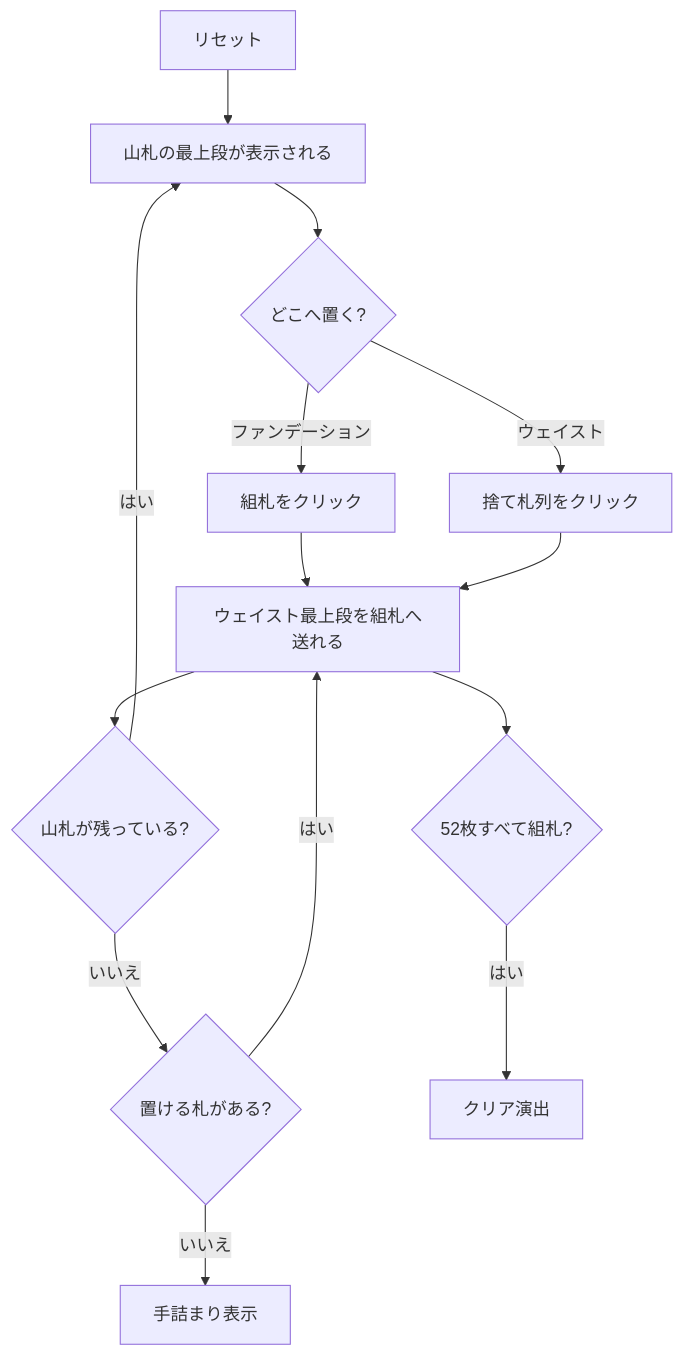
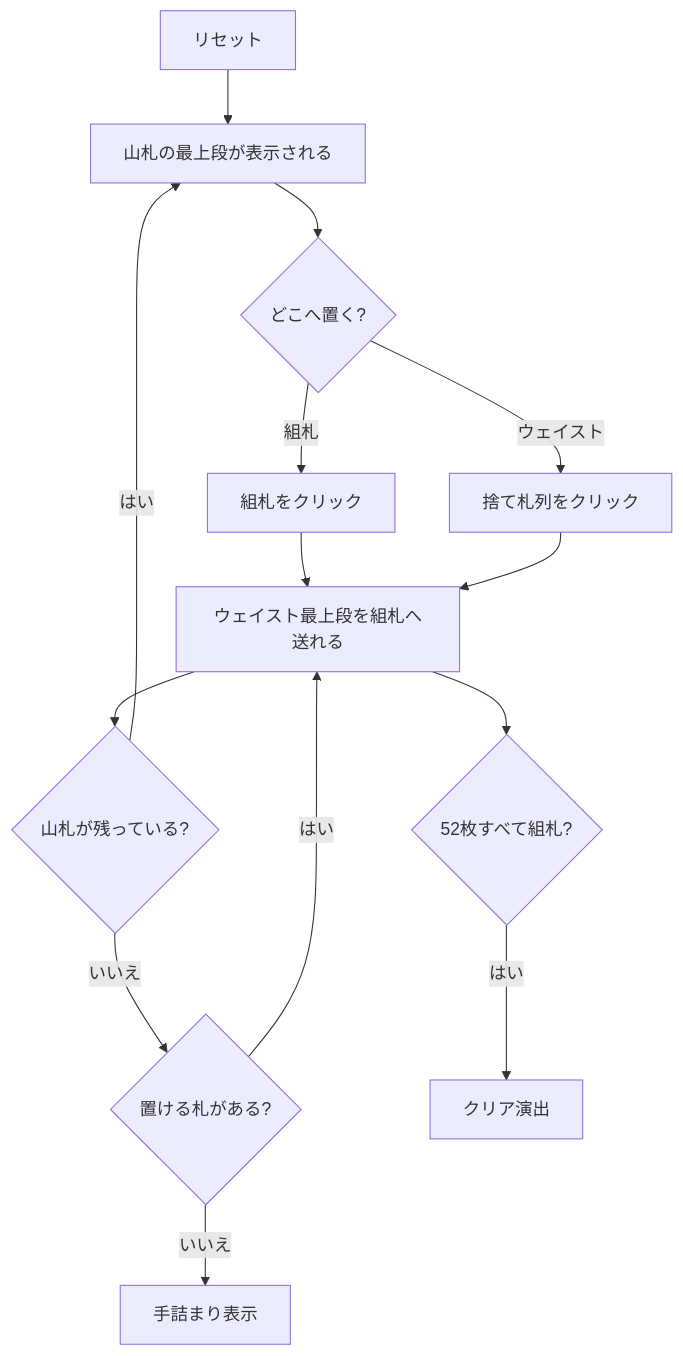
The diagram in docs/manual/web/sirtommy.md (yuta-yoshinaga/go_trumpcards), drawn with Mermaid before and after one commit. The commit also changed other lines of this file and 33 other files, not shown here.

````diff
--- a/docs/manual/web/sirtommy.md
+++ b/docs/manual/web/sirtommy.md
@@ -29,16 +29,16 @@
 ```mermaid
 flowchart TD
     A[リセット] --> B[山札の最上段が表示される]
     B --> C{どこへ置く?}
-    C -- ファンデーション --> D[組札をクリック]
+    C -- 組札 --> D[組札をクリック]
     C -- ウェイスト --> E[捨て札列をクリック]
     D --> F[ウェイスト最上段を組札へ送れる]
     E --> F
     F --> G{山札が残っている?}
     G -- はい --> B
     G -- いいえ --> H{置ける札がある?}
     H -- はい --> F
     H -- いいえ --> I[手詰まり表示]
     F --> J{52枚すべて組札?}
     J -- はい --> K[クリア演出]
 ```
````
